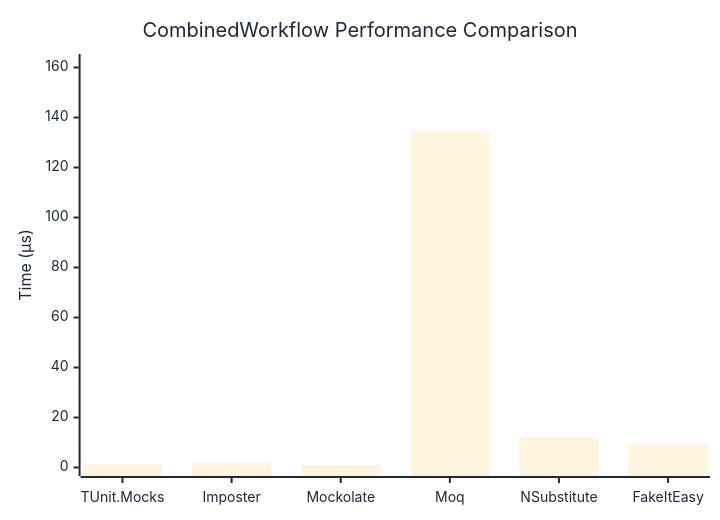
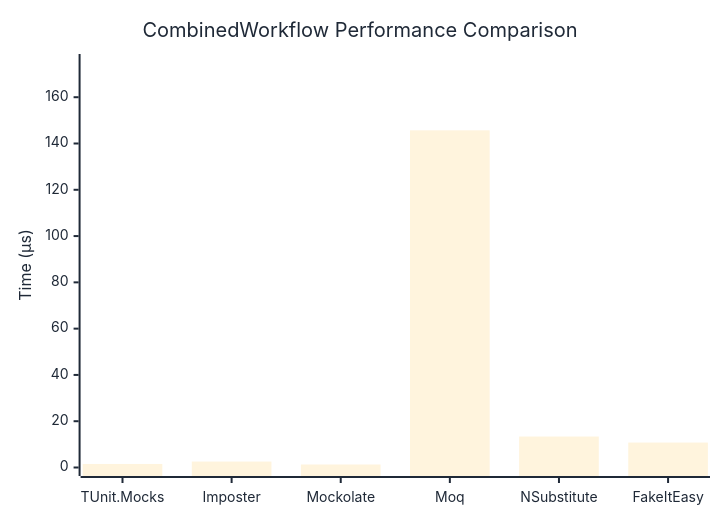
Before and after one commit to thomhurst/TUnit: the diagram in docs/docs/benchmarks/mocks/CombinedWorkflow.md, drawn with Mermaid. The commit also changed other lines of this file and 14 other files, not shown here.

````diff
--- a/docs/docs/benchmarks/mocks/CombinedWorkflow.md
+++ b/docs/docs/benchmarks/mocks/CombinedWorkflow.md
@@ -30,27 +30,27 @@
 ```mermaid
 %%{init: {
   'theme':'base',
   'themeVariables': {
     'primaryColor': '#2563eb',
     'primaryTextColor': '#1f2937',
     'primaryBorderColor': '#1e40af',
     'lineColor': '#6b7280',
     'secondaryColor': '#7c3aed',
     'tertiaryColor': '#dc2626',
     'background': '#ffffff',
     'pie1': '#2563eb',
     'pie2': '#7c3aed',
     'pie3': '#dc2626',
     'pie4': '#f59e0b',
     'pie5': '#10b981',
     'pie6': '#06b6d4',
     'pie7': '#ec4899',
     'pie8': '#6366f1'
   }
 }}%%
 xychart-beta
   title "CombinedWorkflow Performance Comparison"
   x-axis ["TUnit.Mocks", "Imposter", "Mockolate", "Moq", "NSubstitute", "FakeItEasy"]
-  y-axis "Time (μs)" 0 --> 162
-  bar [1.239, 1.763, 1.072, 134.432, 11.828, 9.341]
+  y-axis "Time (μs)" 0 --> 175
+  bar [1.535, 2.56, 1.298, 145.691, 13.383, 10.772]
 ```
````
